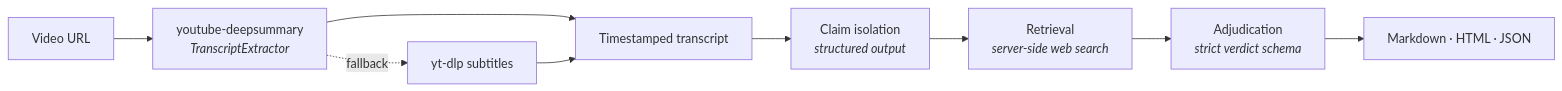
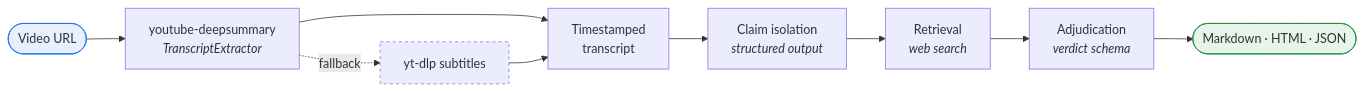
Before and after one commit to jaytrivediSF25/deepcheck: the first of 4 diagrams in README.md, drawn with Mermaid. The commit also changed other lines of this file, not shown here.

First line of the commit message:
README: cut prose by half, carry the argument in diagrams

````diff
--- a/README.md
+++ b/README.md
@@ -30,11 +35,15 @@
 ```mermaid
 flowchart LR
-    A["Video URL"] --> B["youtube-deepsummary<br/><i>TranscriptExtractor</i>"]
-    B -. "fallback" .-> C["yt-dlp subtitles"]
-    B --> D["Timestamped transcript"]
+    A(["Video URL"]) --> B["youtube-deepsummary<br/><i>TranscriptExtractor</i>"]
+    B -. fallback .-> C["yt-dlp subtitles"]
+    B --> D["Timestamped<br/>transcript"]
     C --> D
     D --> E["Claim isolation<br/><i>structured output</i>"]
-    E --> F["Retrieval<br/><i>server-side web search</i>"]
-    F --> G["Adjudication<br/><i>strict verdict schema</i>"]
-    G --> H["Markdown · HTML · JSON"]
+    E --> F["Retrieval<br/><i>web search</i>"]
+    F --> G["Adjudication<br/><i>verdict schema</i>"]
+    G --> H(["Markdown · HTML · JSON"])
+
+    style A fill:#e8f0fe,stroke:#1a73e8
+    style H fill:#e6f4ea,stroke:#1e8e3e
+    style C stroke-dasharray: 4 4
 ```
````
